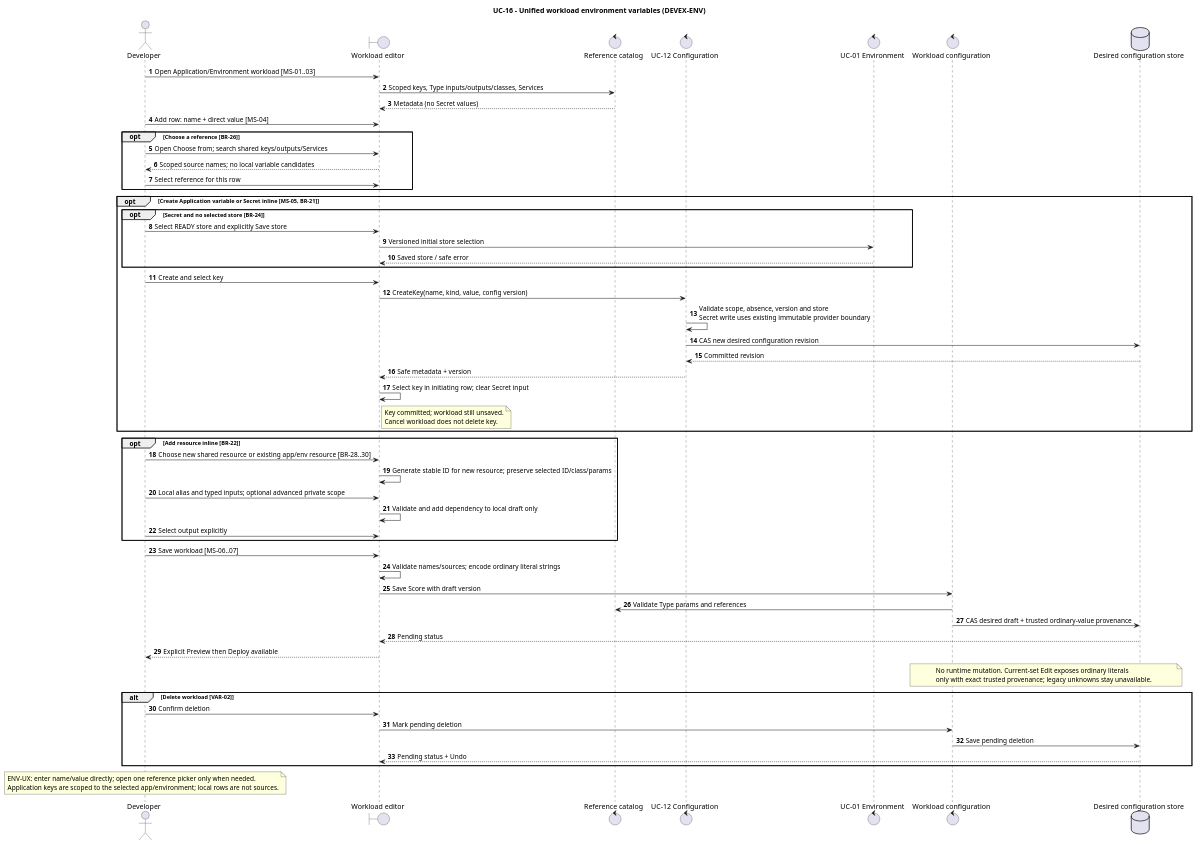
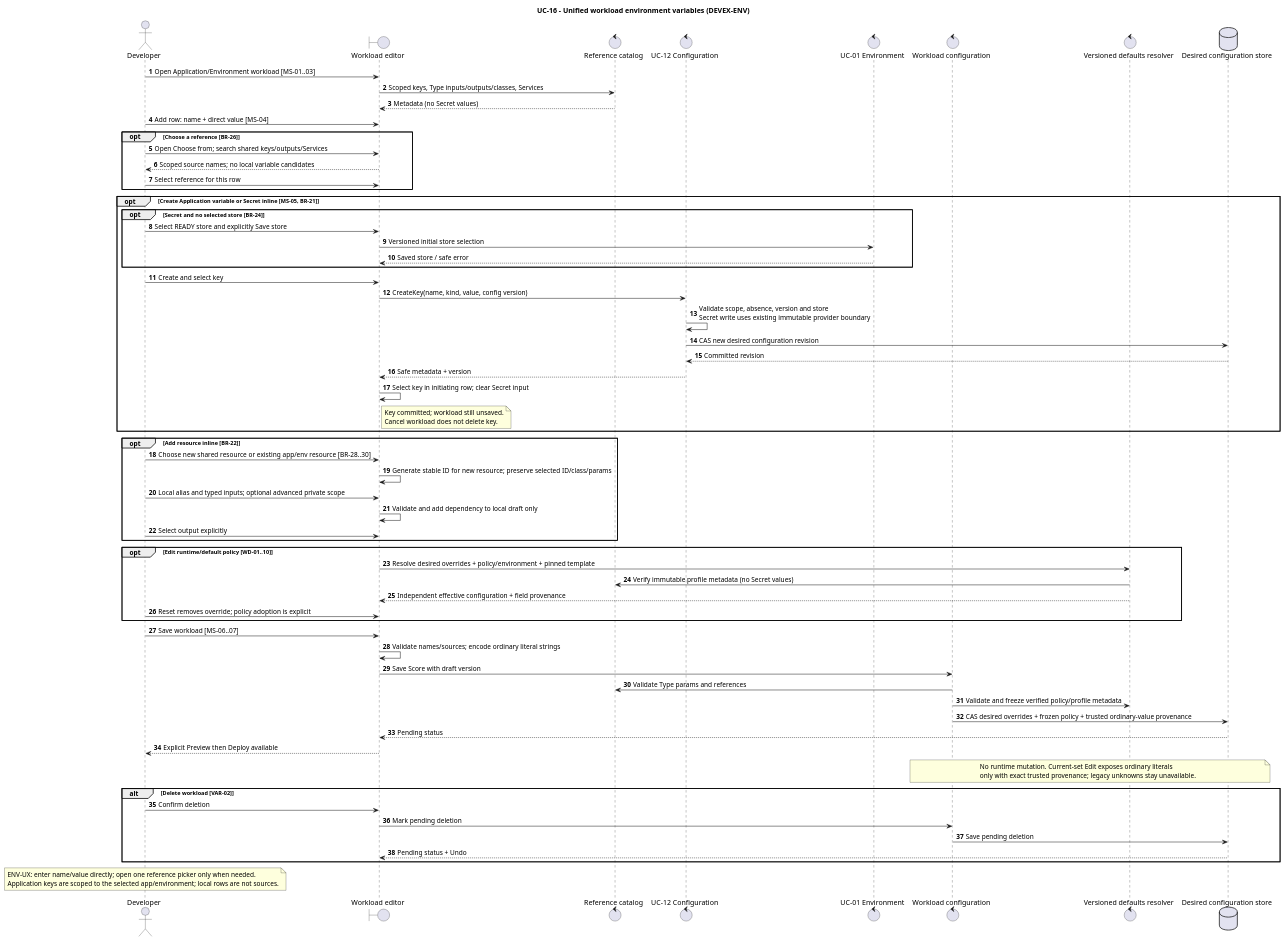
Before and after one commit to pr3s3nt/poc: the diagram in orchestrator_docs/usecase/UC-16/sequence.puml, drawn with PlantUML. The commit also changed 80 other files, not shown here.

Commit message:
feat(workloads): add versioned defaults and runtime policy (#37)

```diff
--- a/orchestrator_docs/usecase/UC-16/sequence.puml
+++ b/orchestrator_docs/usecase/UC-16/sequence.puml
@@ -1,67 +1,75 @@
 @startuml
 title UC-16 - Unified workload environment variables (DEVEX-ENV)
 autonumber
 actor Developer as Dev
 boundary "Workload editor" as UI
 control "Reference catalog" as Catalog
 control "UC-12 Configuration" as Keys
 control "UC-01 Environment" as Env
 control "Workload configuration" as Config
+control "Versioned defaults resolver" as Defaults
 database "Desired configuration store" as Store
 
 Dev -> UI: Open Application/Environment workload [MS-01..03]
 UI -> Catalog: Scoped keys, Type inputs/outputs/classes, Services
 Catalog --> UI: Metadata (no Secret values)
 Dev -> UI: Add row: name + direct value [MS-04]
 opt Choose a reference [BR-26]
   Dev -> UI: Open Choose from; search shared keys/outputs/Services
   UI --> Dev: Scoped source names; no local variable candidates
   Dev -> UI: Select reference for this row
 end
 opt Create Application variable or Secret inline [MS-05, BR-21]
   opt Secret and no selected store [BR-24]
     Dev -> UI: Select READY store and explicitly Save store
     UI -> Env: Versioned initial store selection
     Env --> UI: Saved store / safe error
   end
   Dev -> UI: Create and select key
   UI -> Keys: CreateKey(name, kind, value, config version)
   Keys -> Keys: Validate scope, absence, version and store\nSecret write uses existing immutable provider boundary
   Keys -> Store: CAS new desired configuration revision
   Store --> Keys: Committed revision
   Keys --> UI: Safe metadata + version
   UI -> UI: Select key in initiating row; clear Secret input
   note right of UI
     Key committed; workload still unsaved.
     Cancel workload does not delete key.
   end note
 end
 opt Add resource inline [BR-22]
   Dev -> UI: Choose new shared resource or existing app/env resource [BR-28..30]
   UI -> UI: Generate stable ID for new resource; preserve selected ID/class/params
   Dev -> UI: Local alias and typed inputs; optional advanced private scope
   UI -> UI: Validate and add dependency to local draft only
   Dev -> UI: Select output explicitly
 end
+opt Edit runtime/default policy [WD-01..10]
+ UI -> Defaults: Resolve desired overrides + policy/environment + pinned template
+ Defaults -> Catalog: Verify immutable profile metadata (no Secret values)
+ Defaults --> UI: Independent effective configuration + field provenance
+ Dev -> UI: Reset removes override; policy adoption is explicit
+end
 Dev -> UI: Save workload [MS-06..07]
 UI -> UI: Validate names/sources; encode ordinary literal strings
 UI -> Config: Save Score with draft version
 Config -> Catalog: Validate Type params and references
-Config -> Store: CAS desired draft + trusted ordinary-value provenance
+Config -> Defaults: Validate and freeze verified policy/profile metadata
+Config -> Store: CAS desired overrides + frozen policy + trusted ordinary-value provenance
 Store --> UI: Pending status
 UI --> Dev: Explicit Preview then Deploy available
 note over Config,Store
   No runtime mutation. Current-set Edit exposes ordinary literals
   only with exact trusted provenance; legacy unknowns stay unavailable.
 end note
 alt Delete workload [VAR-02]
   Dev -> UI: Confirm deletion
   UI -> Config: Mark pending deletion
   Config -> Store: Save pending deletion
   Store --> UI: Pending status + Undo
 end
 note over Dev
 ENV-UX: enter name/value directly; open one reference picker only when needed.
 Application keys are scoped to the selected app/environment; local rows are not sources.
 end note
 @enduml
```
